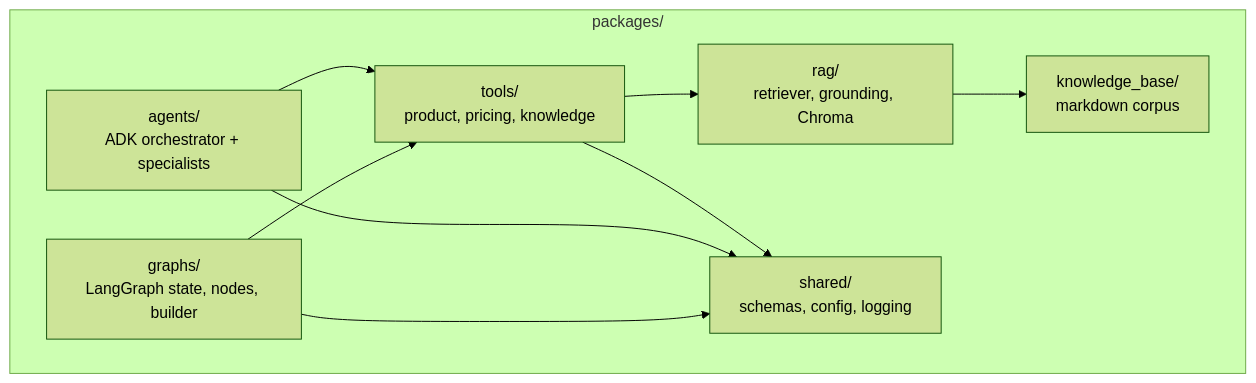
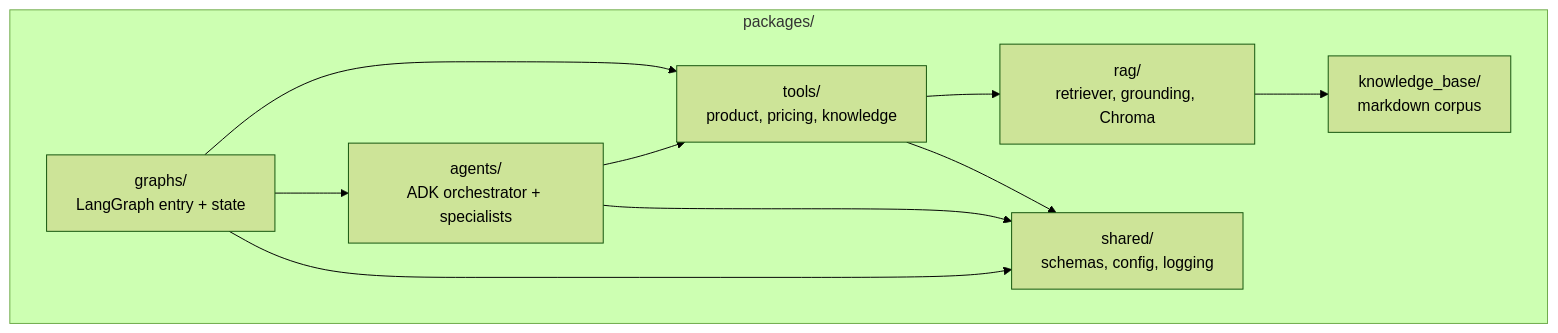
The seventh of 7 diagrams in docs/architecture-diagram.md (luisfm44/landed-agent), drawn with Mermaid (forest theme) before and after one commit. The commit also changed other lines of this file and 4 other files, not shown here.

````diff
--- a/docs/architecture-diagram.md
+++ b/docs/architecture-diagram.md
@@ -235,19 +214,20 @@
 ```mermaid
 flowchart TB
     subgraph packages [packages/]
+        GRAPHS[graphs/<br/>LangGraph entry + state]
         AGENTS[agents/<br/>ADK orchestrator + specialists]
-        GRAPHS[graphs/<br/>LangGraph state, nodes, builder]
         TOOLS[tools/<br/>product, pricing, knowledge]
         KB[knowledge_base/<br/>markdown corpus]
         RAG[rag/<br/>retriever, grounding, Chroma]
         SHARED[shared/<br/>schemas, config, logging]
     end
 
+    GRAPHS --> AGENTS
+    GRAPHS --> TOOLS
     AGENTS --> TOOLS
-    GRAPHS --> TOOLS
     TOOLS --> RAG
     TOOLS --> SHARED
     RAG --> KB
     AGENTS --> SHARED
     GRAPHS --> SHARED
 ```
````
